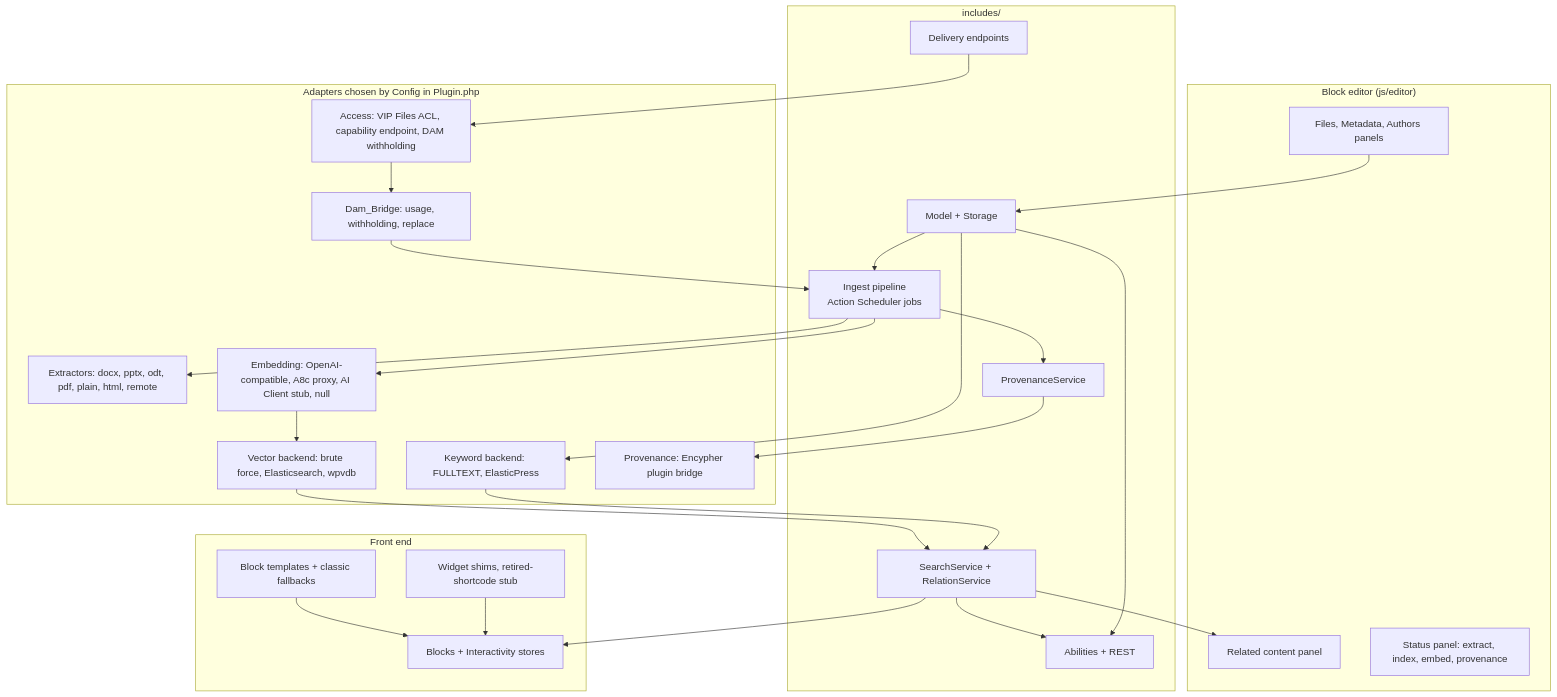
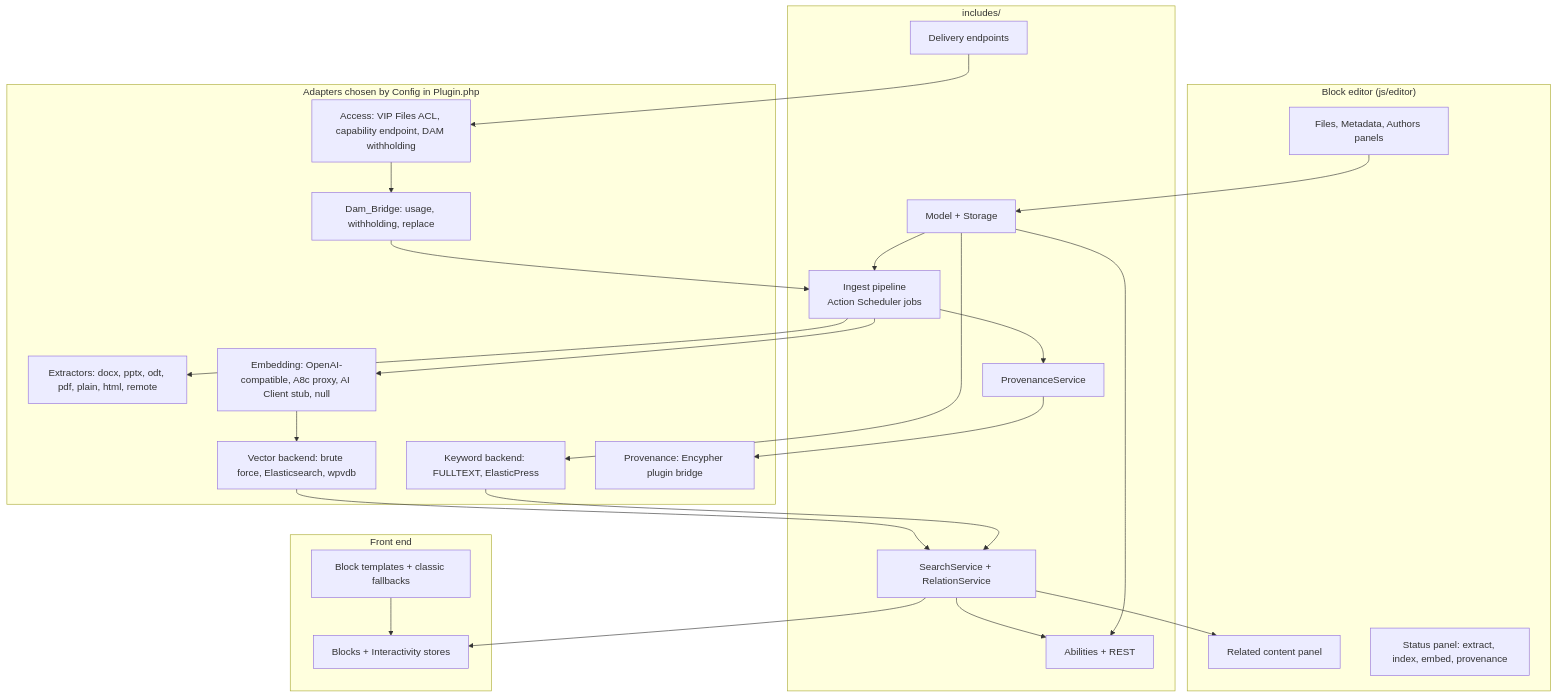
The first of 3 diagrams in V4_SPEC.md (ericmann/WP-Publication-Archive), drawn with Mermaid before and after one commit. The commit also changed other lines of this file and 1 other file, not shown here.

````diff
--- a/V4_SPEC.md
+++ b/V4_SPEC.md
@@ -293,47 +299,45 @@
 ```mermaid
 flowchart TB
     subgraph Editor["Block editor (js/editor)"]
         SP[Files, Metadata, Authors panels]
         RP[Related content panel]
         ST[Status panel: extract, index, embed, provenance]
     end
     subgraph Core["includes/"]
         M[Model + Storage]
         ING[Ingest pipeline<br/>Action Scheduler jobs]
         SS[SearchService + RelationService]
         PV[ProvenanceService]
         AB[Abilities + REST]
         DL[Delivery endpoints]
     end
     subgraph Adapters["Adapters chosen by Config in Plugin.php"]
         EXT[Extractors: docx, pptx, odt, pdf, plain, html, remote]
         EMB[Embedding: OpenAI-compatible, A8c proxy, AI Client stub, null]
         VEC[Vector backend: brute force, Elasticsearch, wpvdb]
         KW[Keyword backend: FULLTEXT, ElasticPress]
         SG[Provenance: Encypher plugin bridge]
         ACL[Access: VIP Files ACL, capability endpoint, DAM withholding]
         DAMB[Dam_Bridge: usage, withholding, replace]
     end
     subgraph Front["Front end"]
         BL[Blocks + Interactivity stores]
         TPL[Block templates + classic fallbacks]
-        SH[Widget shims, retired-shortcode stub]
     end
     SP --> M
     M --> ING
     ING --> EXT
     ING --> EMB --> VEC
     ING --> PV --> SG
     M --> KW
     VEC --> SS
     KW --> SS
     SS --> RP
     SS --> BL
     SS --> AB
     M --> AB
     DL --> ACL
     ACL --> DAMB
     DAMB --> ING
     TPL --> BL
-    SH --> BL
 ```
````
